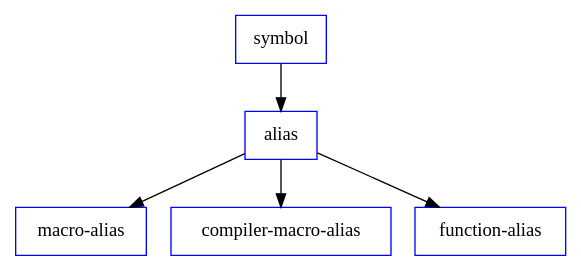
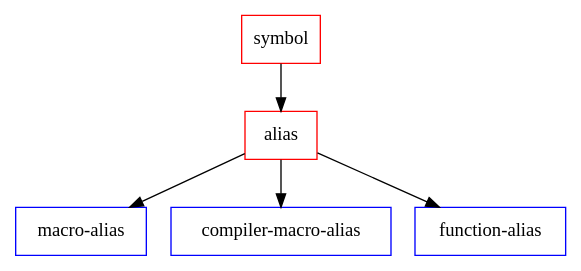
One commit to didierverna/declt changed the diagram in doc/aliases.dot. Above: the diagram before and after it, drawn with Graphviz. The commit also changed 6 other files, not shown here.

```diff
--- a/doc/aliases.dot
+++ b/doc/aliases.dot
@@ -1,13 +1,10 @@
 strict digraph
 {
   rankdir = TD;
   node [ shape = box color = blue ]
 
-  { rank = same "macro-alias" "compiler-macro-alias" "function-alias" }
+  symbol [ color = red fontname = "times bold" ]
+  alias  [ color = red fontname = "times bold" ]
 
-  "symbol" -> "alias";
-
-  "alias" -> "macro-alias";
-  "alias" -> "compiler-macro-alias";
-  "alias" -> "function-alias";
+  symbol -> alias -> { "macro-alias" "compiler-macro-alias" "function-alias" }
 }
```
